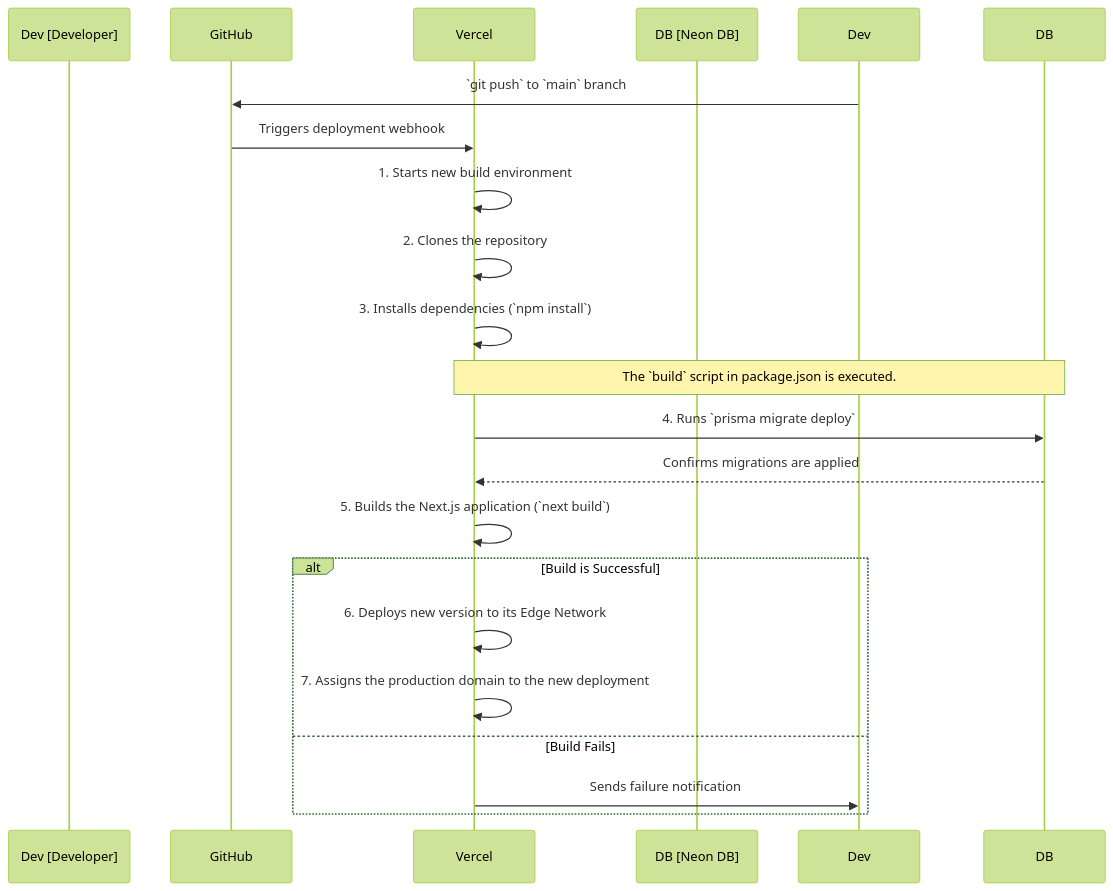
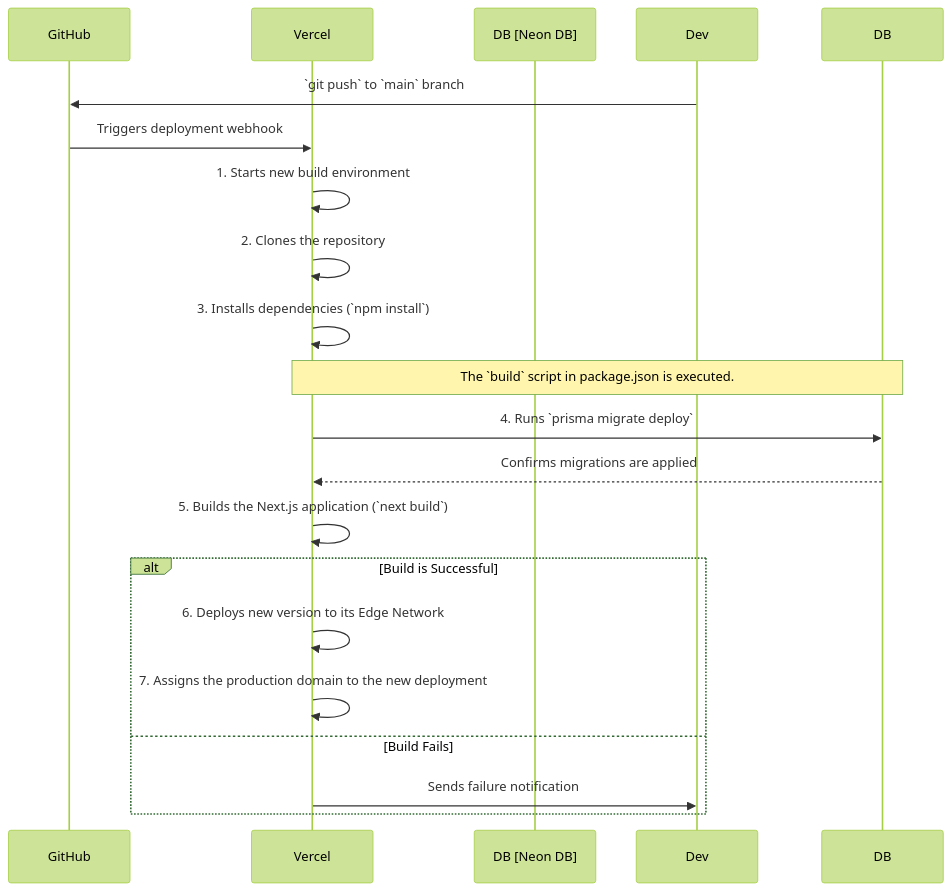
The diagram in docs/deployment.md (UE5DefaultDev/sharehive), drawn with Mermaid (forest theme) before and after one commit. The commit also changed 4 other files, not shown here.

````diff
--- a/docs/deployment.md
+++ b/docs/deployment.md
@@ -25,28 +25,27 @@
 ```mermaid
 sequenceDiagram
-    participant Dev [Developer]
     participant GitHub
     participant Vercel
     participant DB [Neon DB]
 
     Dev->>GitHub: `git push` to `main` branch
 
     GitHub->>Vercel: Triggers deployment webhook
 
     Vercel->>Vercel: 1. Starts new build environment
     Vercel->>Vercel: 2. Clones the repository
     Vercel->>Vercel: 3. Installs dependencies (`npm install`)
 
     note over Vercel, DB: The `build` script in package.json is executed.
     Vercel->>DB: 4. Runs `prisma migrate deploy`
     DB-->>Vercel: Confirms migrations are applied
 
     Vercel->>Vercel: 5. Builds the Next.js application (`next build`)
 
     alt Build is Successful
         Vercel->>Vercel: 6. Deploys new version to its Edge Network
         Vercel->>Vercel: 7. Assigns the production domain to the new deployment
     else Build Fails
         Vercel->>Dev: Sends failure notification
     end
 ```
````
